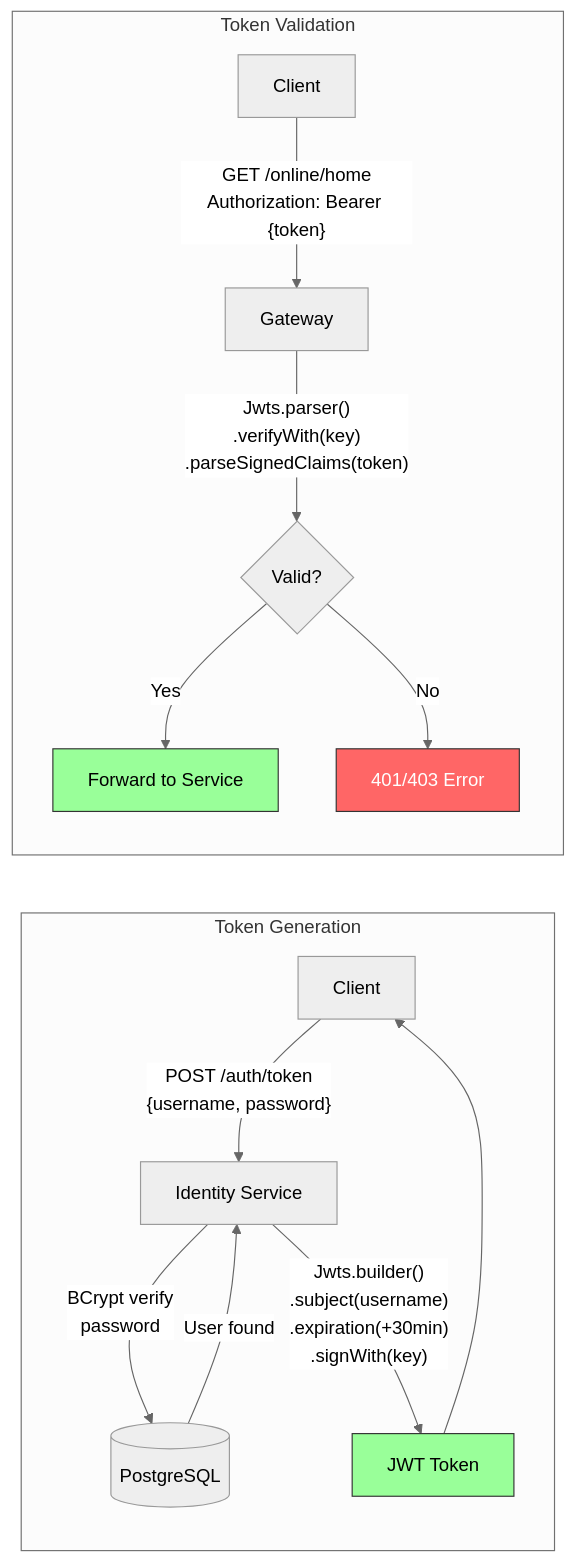
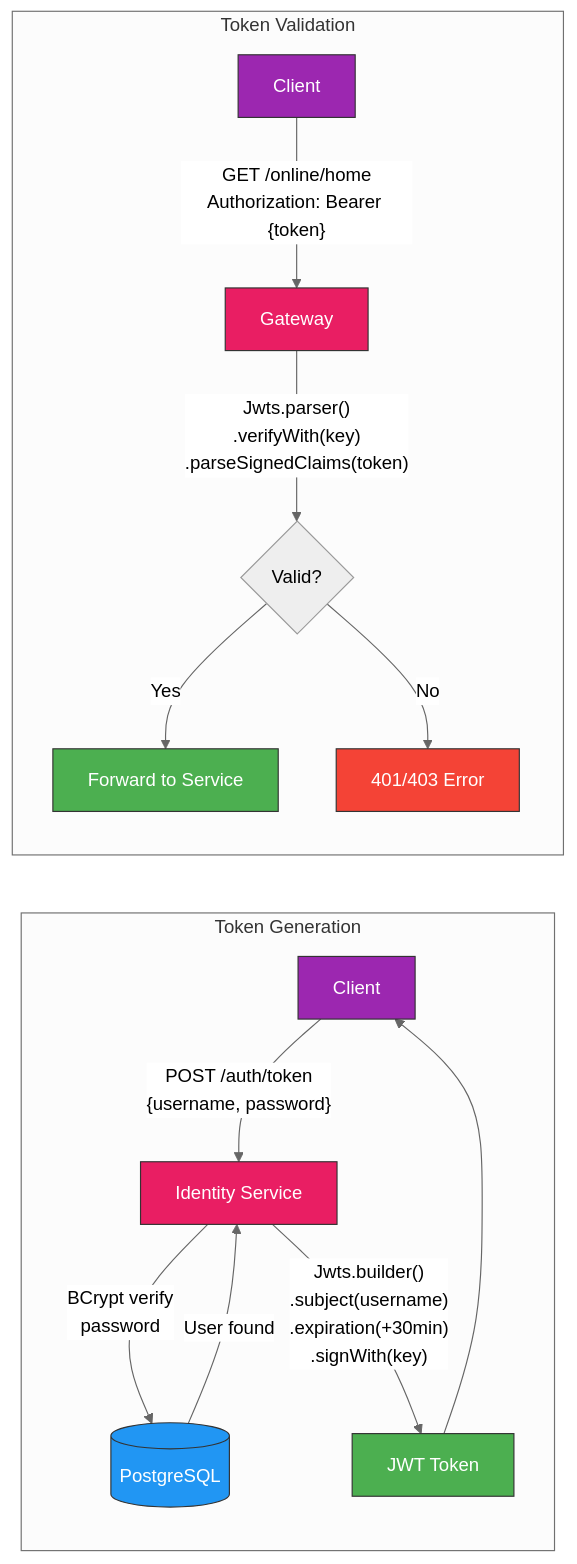
One commit to sawmikcuet19/auth-microservices changed the tenth of 11 diagrams in README.md. Above: the diagram before and after it, drawn with Mermaid (neutral theme). The commit also changed other lines of this file, not shown here.

First line of the commit message:
Fix README mermaid diagram colors for better readability

````diff
--- a/README.md
+++ b/README.md
@@ -415,21 +445,26 @@
 ```mermaid
 flowchart LR
     subgraph Token Generation
         A[Client] -->|"POST /auth/token<br/>{username, password}"| B[Identity Service]
         B -->|"BCrypt verify<br/>password"| C[(PostgreSQL)]
         C -->|"User found"| B
         B -->|"Jwts.builder()<br/>.subject(username)<br/>.expiration(+30min)<br/>.signWith(key)"| D[JWT Token]
         D --> A
     end
 
     subgraph Token Validation
         E[Client] -->|"GET /online/home<br/>Authorization: Bearer {token}"| F[Gateway]
         F -->|"Jwts.parser()<br/>.verifyWith(key)<br/>.parseSignedClaims(token)"| G{Valid?}
         G -->|"Yes"| H[Forward to Service]
         G -->|"No"| I[401/403 Error]
     end
 
-    style D fill:#9f9,stroke:#333
-    style H fill:#9f9,stroke:#333
-    style I fill:#f66,stroke:#333,color:#fff
+    style D fill:#4CAF50,stroke:#333,color:#fff
+    style H fill:#4CAF50,stroke:#333,color:#fff
+    style I fill:#F44336,stroke:#333,color:#fff
+    style A fill:#9C27B0,stroke:#333,color:#fff
+    style E fill:#9C27B0,stroke:#333,color:#fff
+    style B fill:#E91E63,stroke:#333,color:#fff
+    style F fill:#E91E63,stroke:#333,color:#fff
+    style C fill:#2196F3,stroke:#333,color:#fff
 ```
````
